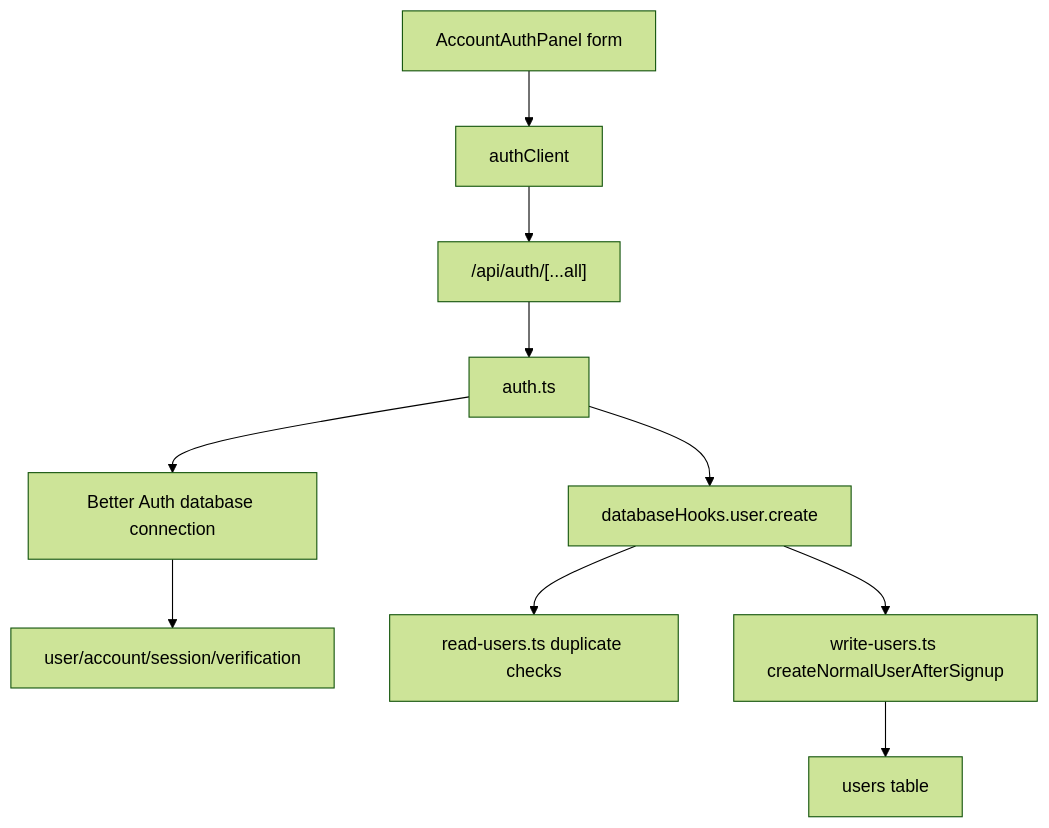
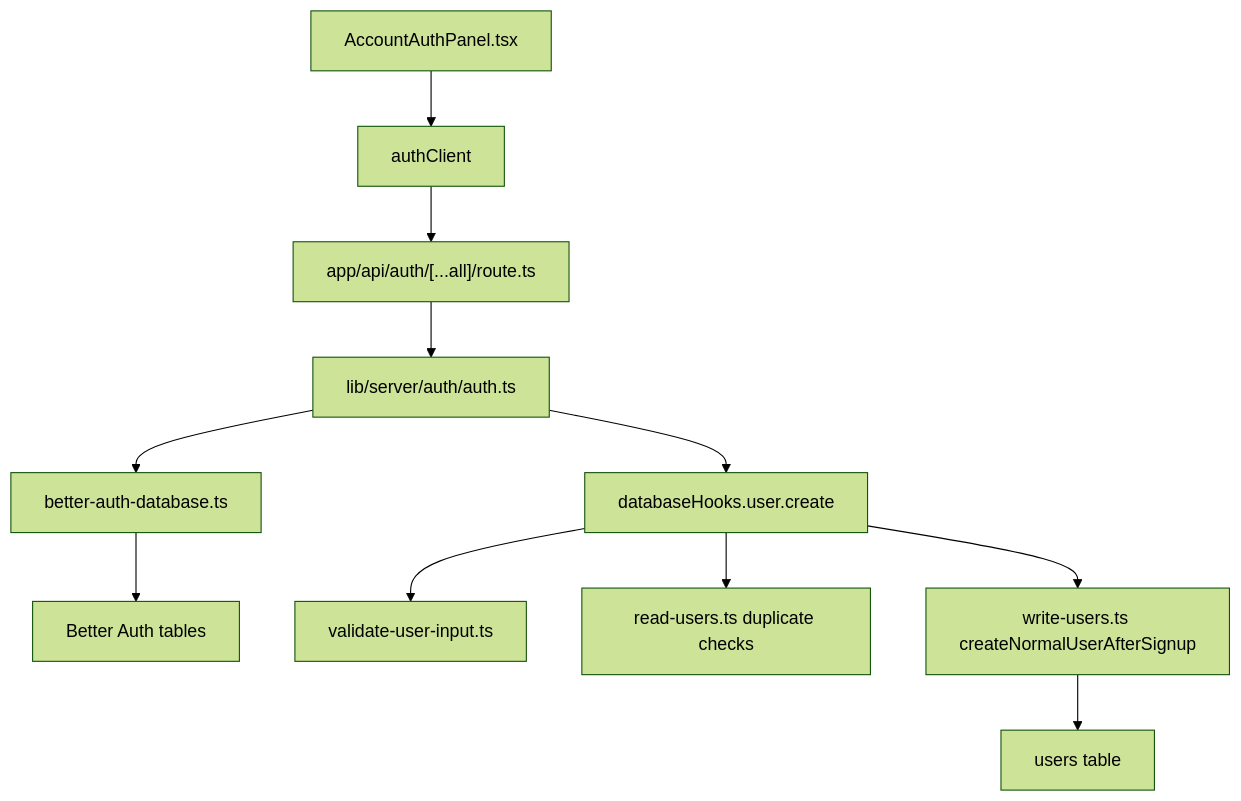
Before and after one commit to bucketb0t/Earth_In_Sound: the fifth of 12 diagrams in PROJECT_LEARNING_FLOW.md, drawn with Mermaid (forest theme). The commit also changed other lines of this file, not shown here.

````diff
--- a/PROJECT_LEARNING_FLOW.md
+++ b/PROJECT_LEARNING_FLOW.md
@@ -137,12 +885,15 @@
 ```mermaid
 flowchart TD
-  Form["AccountAuthPanel form"] --> Client["authClient"]
-  Client --> Route["/api/auth/[...all]"]
-  Route --> Auth["auth.ts"]
-  Auth --> BetterDB["Better Auth database connection"]
-  BetterDB --> AuthTables["user/account/session/verification"]
-  Auth --> Hooks["databaseHooks.user.create"]
+  AccountPanel["AccountAuthPanel.tsx"] --> AuthClient["authClient"]
+  AuthClient --> AuthRoute["app/api/auth/[...all]/route.ts"]
+  AuthRoute --> AuthConfig["lib/server/auth/auth.ts"]
+
+  AuthConfig --> BetterAuthDB["better-auth-database.ts"]
+  BetterAuthDB --> BetterAuthTables["Better Auth tables"]
+
+  AuthConfig --> Hooks["databaseHooks.user.create"]
+  Hooks --> Validation["validate-user-input.ts"]
   Hooks --> ReadUsers["read-users.ts duplicate checks"]
   Hooks --> WriteUsers["write-users.ts createNormalUserAfterSignup"]
   WriteUsers --> UsersTable["users table"]
 ```
````
